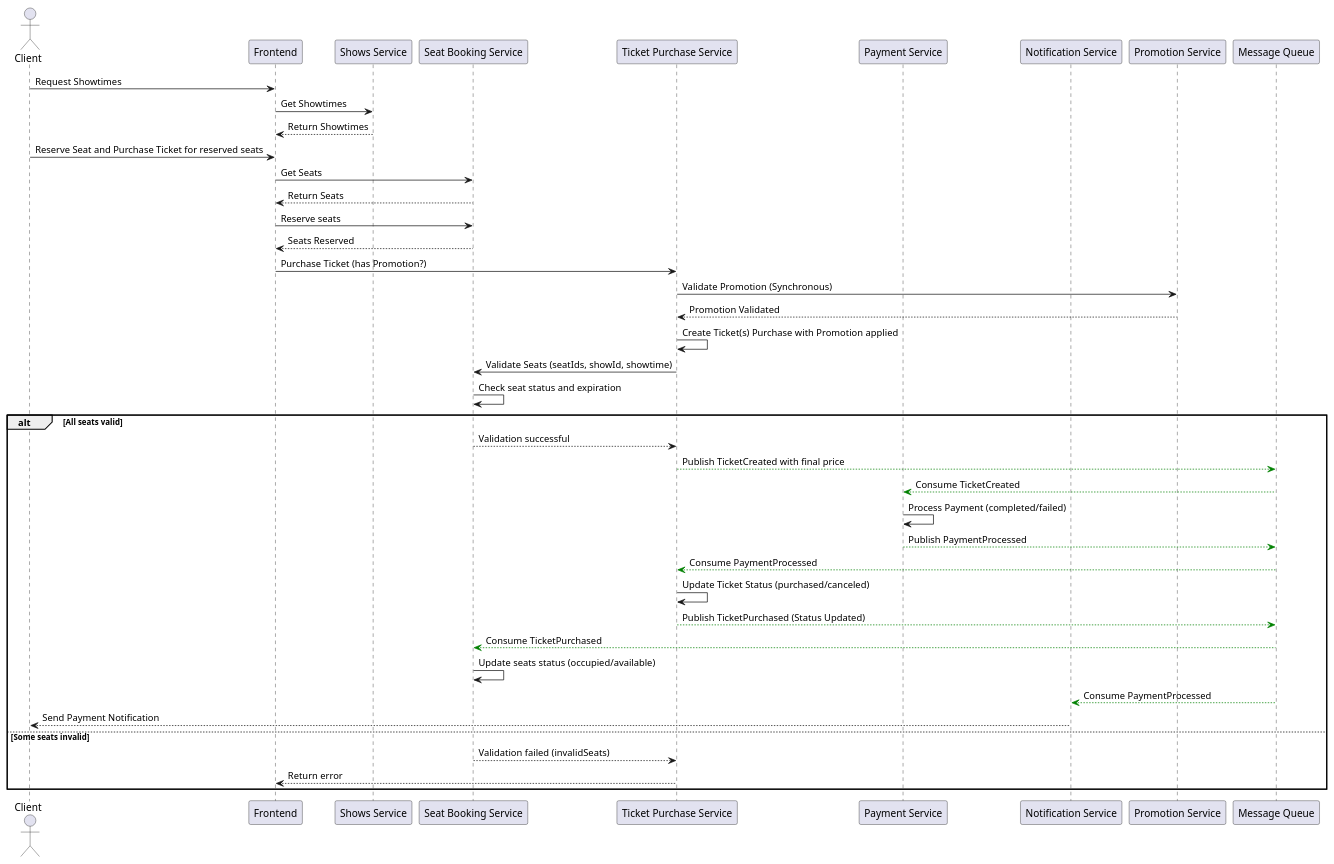
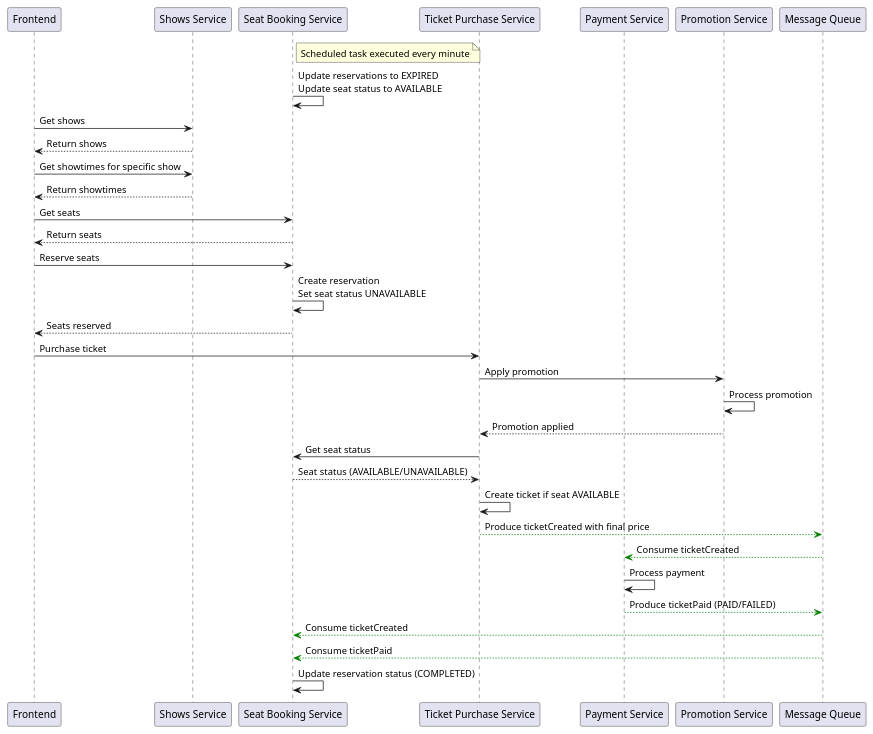
One commit to dcer1989/GestionTicketsMS changed the diagram in gestionTicketsMS_contratos/plantUML_secuenceDiagExample.puml. Above: the diagram before and after it, drawn with PlantUML. The commit also changed 8 other files, not shown here.

Commit message:
Añadida infraestructura para paymentService

```diff
--- a/gestionTicketsMS_contratos/plantUML_secuenceDiagExample.puml
+++ b/gestionTicketsMS_contratos/plantUML_secuenceDiagExample.puml
@@ -2,59 +2,52 @@
 @startuml SequenceDiagram
 
-actor Client
 participant "Frontend" as FE
 participant "Shows Service" as ShowsService
 participant "Seat Booking Service" as SeatBookingService
 participant "Ticket Purchase Service" as TicketPurchaseService
 participant "Payment Service" as PaymentService
-participant "Notification Service" as NotificationService
 participant "Promotion Service" as PromotionService
 participant "Message Queue" as MQ
 
+' El Scheduler ejecuta esta tarea automáticamente cada minuto
+note right of SeatBookingService
+  Scheduled task executed every minute
+end note
+SeatBookingService -> SeatBookingService: Update reservations to EXPIRED\nUpdate seat status to AVAILABLE
+
 ' Flujo: Cliente visualiza horarios de programas
-Client -> FE: Request Showtimes
-FE -> ShowsService: Get Showtimes
-ShowsService --> FE: Return Showtimes
+FE -> ShowsService: Get shows
+ShowsService --> FE: Return shows
+FE -> ShowsService: Get showtimes for specific show
+ShowsService --> FE: Return showtimes
 
 ' Flujo: Cliente selecciona asiento
-Client -> FE: Reserve Seat and Purchase Ticket for reserved seats
-FE -> SeatBookingService: Get Seats
-SeatBookingService --> FE: Return Seats
+FE -> SeatBookingService: Get seats
+SeatBookingService --> FE: Return seats
 
 ' Flujo: Cliente selecciona compra ticket
 FE -> SeatBookingService: Reserve seats
-SeatBookingService --> FE : Seats Reserved
-FE -> TicketPurchaseService: Purchase Ticket (has Promotion?)
-TicketPurchaseService -> PromotionService: Validate Promotion (Synchronous)
-PromotionService --> TicketPurchaseService: Promotion Validated
-TicketPurchaseService -> TicketPurchaseService: Create Ticket(s) Purchase with Promotion applied
-TicketPurchaseService -> SeatBookingService: Validate Seats (seatIds, showId, showtime) 
-SeatBookingService -> SeatBookingService: Check seat status and expiration
+SeatBookingService -> SeatBookingService: Create reservation\nSet seat status UNAVAILABLE
+SeatBookingService --> FE : Seats reserved
+FE -> TicketPurchaseService: Purchase ticket
+TicketPurchaseService -> PromotionService: Apply promotion
+PromotionService -> PromotionService: Process promotion
+PromotionService --> TicketPurchaseService: Promotion applied
+TicketPurchaseService -> SeatBookingService: Get seat status 
+SeatBookingService --> TicketPurchaseService: Seat status (AVAILABLE/UNAVAILABLE)
+TicketPurchaseService -> TicketPurchaseService: Create ticket if seat AVAILABLE
 
-alt All seats valid
-    SeatBookingService --> TicketPurchaseService: Validation successful
-    TicketPurchaseService -[#green]-> MQ: Publish TicketCreated with final price
 
-    ' Procesamiento del pago
-    MQ -[#green]-> PaymentService: Consume TicketCreated
-    PaymentService -> PaymentService: Process Payment (completed/failed)
-    PaymentService -[#green]-> MQ: Publish PaymentProcessed
+TicketPurchaseService -[#green]-> MQ: Produce ticketCreated with final price
 
-    ' Actualización del estado del ticket
-    MQ -[#green]-> TicketPurchaseService: Consume PaymentProcessed
-    TicketPurchaseService -> TicketPurchaseService: Update Ticket Status (purchased/canceled)
-    TicketPurchaseService -[#green]-> MQ: Publish TicketPurchased (Status Updated)
+' Procesamiento del pago
+MQ -[#green]-> PaymentService: Consume ticketCreated
+PaymentService -> PaymentService: Process payment
+PaymentService -[#green]-> MQ: Produce ticketPaid (PAID/FAILED)
 
-    ' Flujo: Actualización de asientos
-    MQ -[#green]-> SeatBookingService: Consume TicketPurchased
-    SeatBookingService -> SeatBookingService: Update seats status (occupied/available)
-
-    ' Notificación al cliente
-    MQ -[#green]-> NotificationService: Consume PaymentProcessed
-    NotificationService --> Client: Send Payment Notification
-else Some seats invalid
-    SeatBookingService --> TicketPurchaseService: Validation failed (invalidSeats)
-    TicketPurchaseService --> FE: Return error
-end
+' Flujo: Actualización de asientos
+MQ -[#green]-> SeatBookingService: Consume ticketCreated
+MQ -[#green]-> SeatBookingService: Consume ticketPaid
+SeatBookingService -> SeatBookingService: Update reservation status (COMPLETED)
 
 @enduml
```
